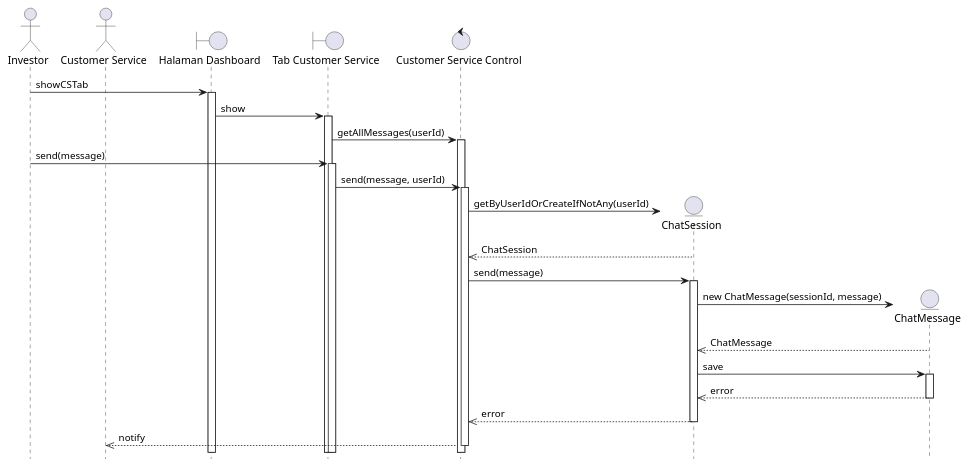
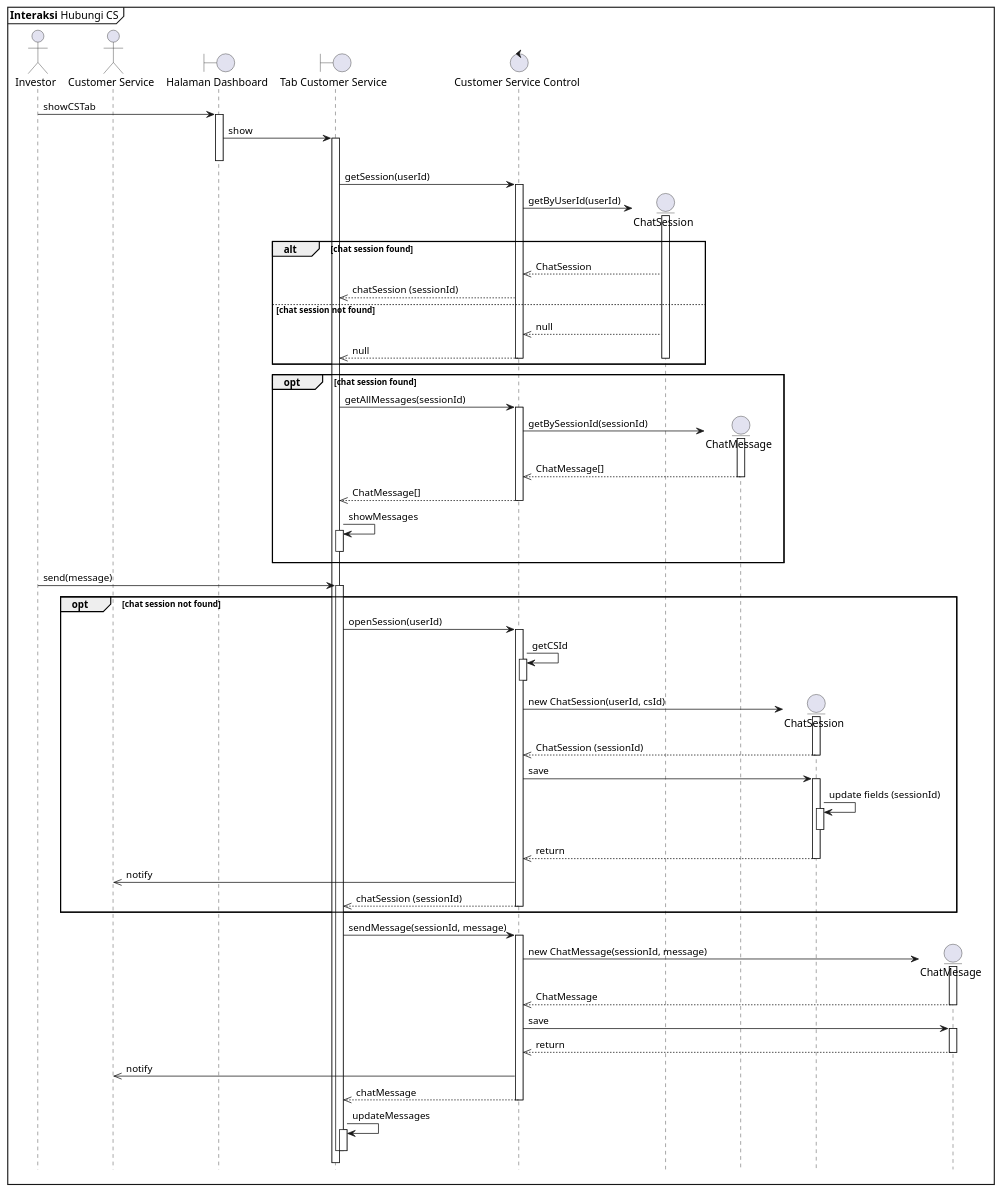
The diagram in sequence/Hubungi-CS.puml (clarestarahma/manajemen-investasi), drawn with PlantUML before and after one commit. The commit also changed 1 other file, not shown here.

Commit message:
mengubah hubungi-cs dan logout

```diff
--- a/sequence/Hubungi-CS.puml
+++ b/sequence/Hubungi-CS.puml
@@ -1,43 +1,119 @@
 @startuml
 
 hide footbox
-autoactivate on
+
+mainframe **Interaksi** Hubungi CS
 
 actor "Investor" as I
 actor "Customer Service" as CS
 boundary "Halaman Dashboard" as HD
 boundary "Tab Customer Service" as TCS
 control "Customer Service Control" as CSC
+entity "ChatSession" as CSess0
+entity "ChatMessage" as CM
 entity "ChatSession" as CSess
-entity "ChatMessage" as CM
+entity "ChatMesage" as CM2
 
 I -> HD : showCSTab
+activate HD
 
 HD -> TCS : show
+activate TCS
+deactivate HD
 
-TCS -> CSC : getAllMessages(userId)
+' Get session
+TCS -> CSC : getSession(userId)
+activate CSC
+
+CSC -> CSess0 ** : getByUserId(userId)
+activate CSess0
+alt chat session found
+  CSess0 -->> CSC : ChatSession
+  CSC -->> TCS : chatSession (sessionId)
+else chat session not found
+  CSess0 -->> CSC : null
+  CSC -->> TCS : null
+  deactivate CSess0
+  deactivate CSC
+end
+
+' Get all messages
+opt chat session found
+  TCS -> CSC : getAllMessages(sessionId)
+  activate CSC
+
+  CSC -> CM ** : getBySessionId(sessionId)
+  activate CM
+
+  CM -->> CSC : ChatMessage[]
+  deactivate CM
+
+  CSC -->> TCS : ChatMessage[]
+  deactivate CSC
+
+  TCS -> TCS : showMessages
+  activate TCS
+  deactivate TCS
+end
+
 
 I -> TCS : send(message)
+activate TCS
 
-TCS -> CSC : send(message, userId)
+' Open session
+opt chat session not found
+  TCS -> CSC : openSession(userId)
+  activate CSC
 
-CSC -> CSess ** : getByUserIdOrCreateIfNotAny(userId)
+  CSC -> CSC : getCSId
+  activate CSC
+  deactivate CSC
 
-CSess -->> CSC : ChatSession
+  CSC -> CSess ** : new ChatSession(userId, csId)
+  activate  CSess
 
-CSC -> CSess : send(message)
+  CSess -->> CSC : ChatSession (sessionId)
+  deactivate CSess
 
-CSess -> CM ** : new ChatMessage(sessionId, message)
+  CSC -> CSess : save
+  activate CSess
+  CSess -> CSess : update fields (sessionId)
+  activate CSess
+  deactivate CSess
+  CSess -->> CSC : return
+  deactivate CSess
 
-CM -->> CSess : ChatMessage
+  CSC ->> CS : notify
+  CSC -->> TCS : chatSession (sessionId)
+  deactivate CSC
+end
 
-CSess -> CM : save
 
-CM -->> CSess : error
+' Send message
+TCS -> CSC : sendMessage(sessionId, message)
+activate CSC
 
-CSess -->> CSC : error
+CSC -> CM2 ** : new ChatMessage(sessionId, message)
+activate CM2
+CM2 -->> CSC : ChatMessage
+deactivate CM2
 
-CSC -->> CS : notify
+CSC -> CM2 : save
+activate CM2
+CM2 -->> CSC : return
+deactivate CM2
+
+CSC ->> CS : notify
+
+CSC -->> TCS : chatMessage
+deactivate CSC
+
+TCS -> TCS : updateMessages
+activate TCS
+deactivate TCS
+deactivate TCS
+
+
 
 
 @enduml
```
